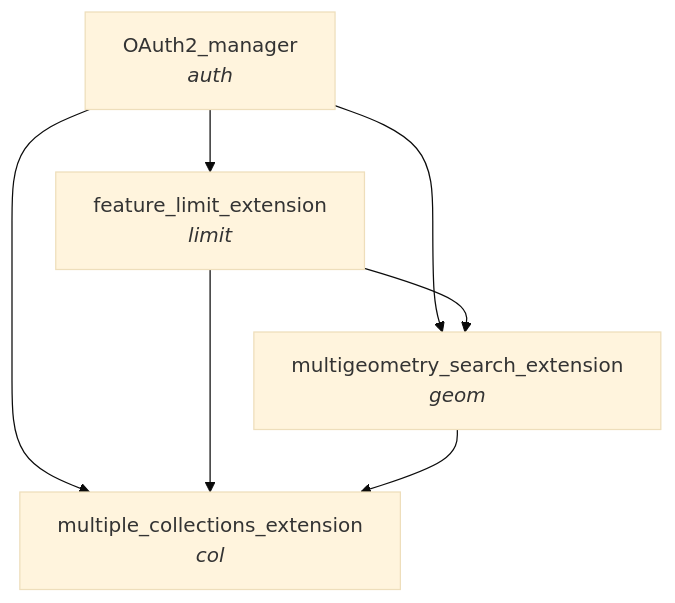
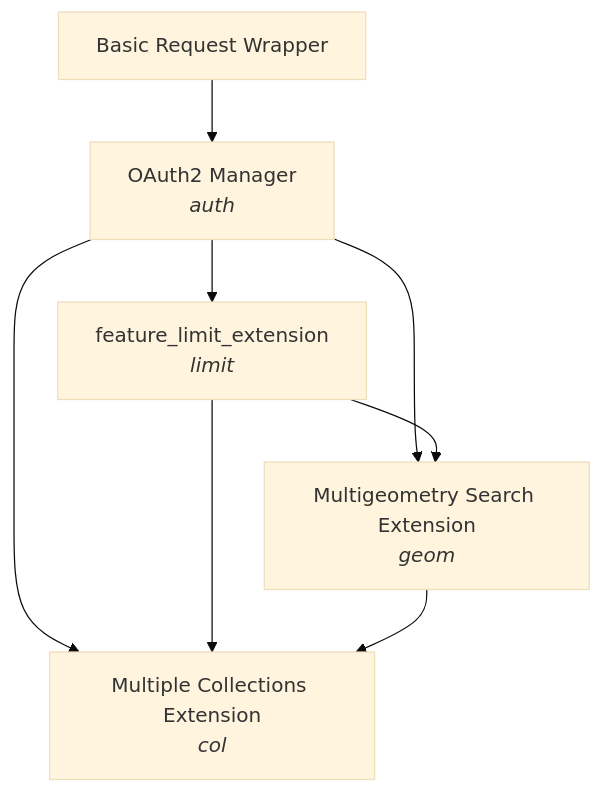
The diagram in README.md (Geovation/catalyst-ngd-wrappers-azure), drawn with Mermaid (base theme) before and after one commit. The commit also changed other lines of this file, not shown here.

Commit message:
updating mermaid

````diff
--- a/README.md
+++ b/README.md
@@ -8,9 +9,10 @@
 ```mermaid
 graph TD
-    A[OAuth2_manager<br><em>auth</em>] --> B[feature_limit_extension<br><em>limit</em>]
-    A --> C[multigeometry_search_extension<br><em>geom</em>]
-    A --> D[multiple_collections_extension<br><em>col</em>]
+    X[Basic Request Wrapper] --> A[OAuth2_manager]
+    A[OAuth2 Manager<br><em>auth</em>] --> B[feature_limit_extension<br><em>limit</em>]
+    A --> C[Multigeometry Search Extension<br><em>geom</em>]
+    A --> D[Multiple Collections Extension<br><em>col</em>]
     B --> C
     B --> D
     C --> D
 ```
````
